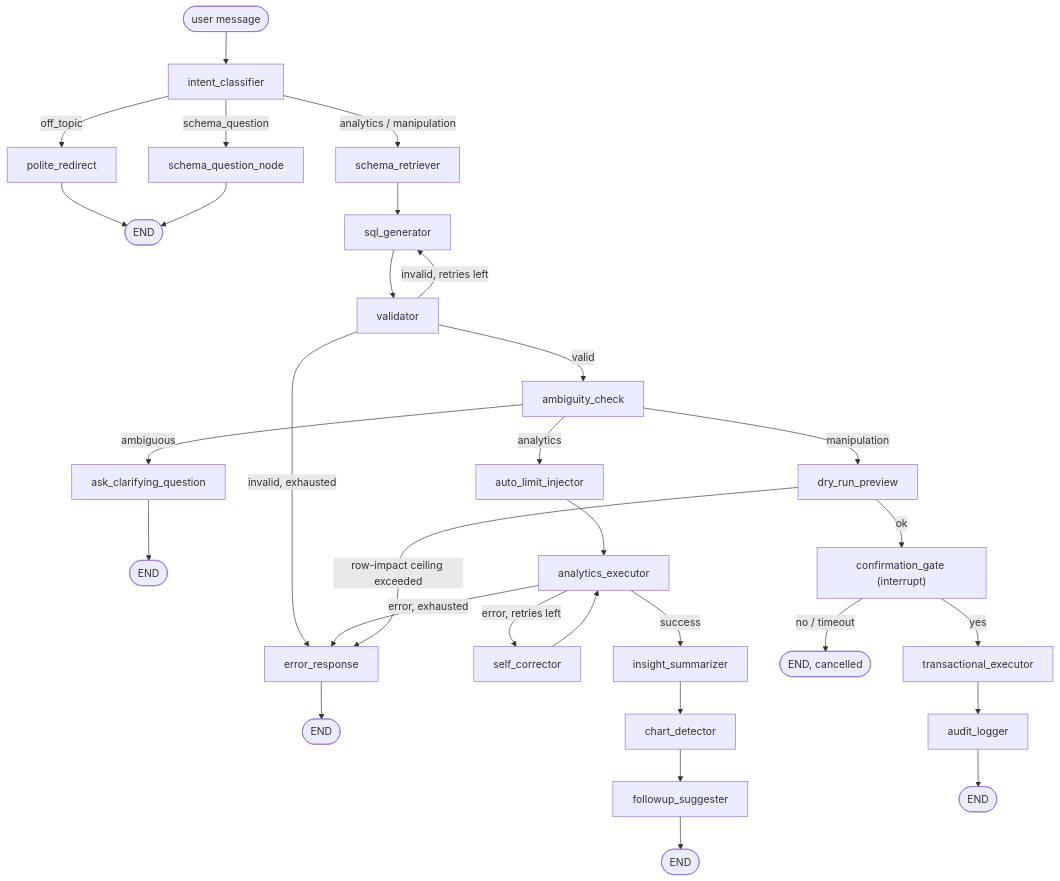
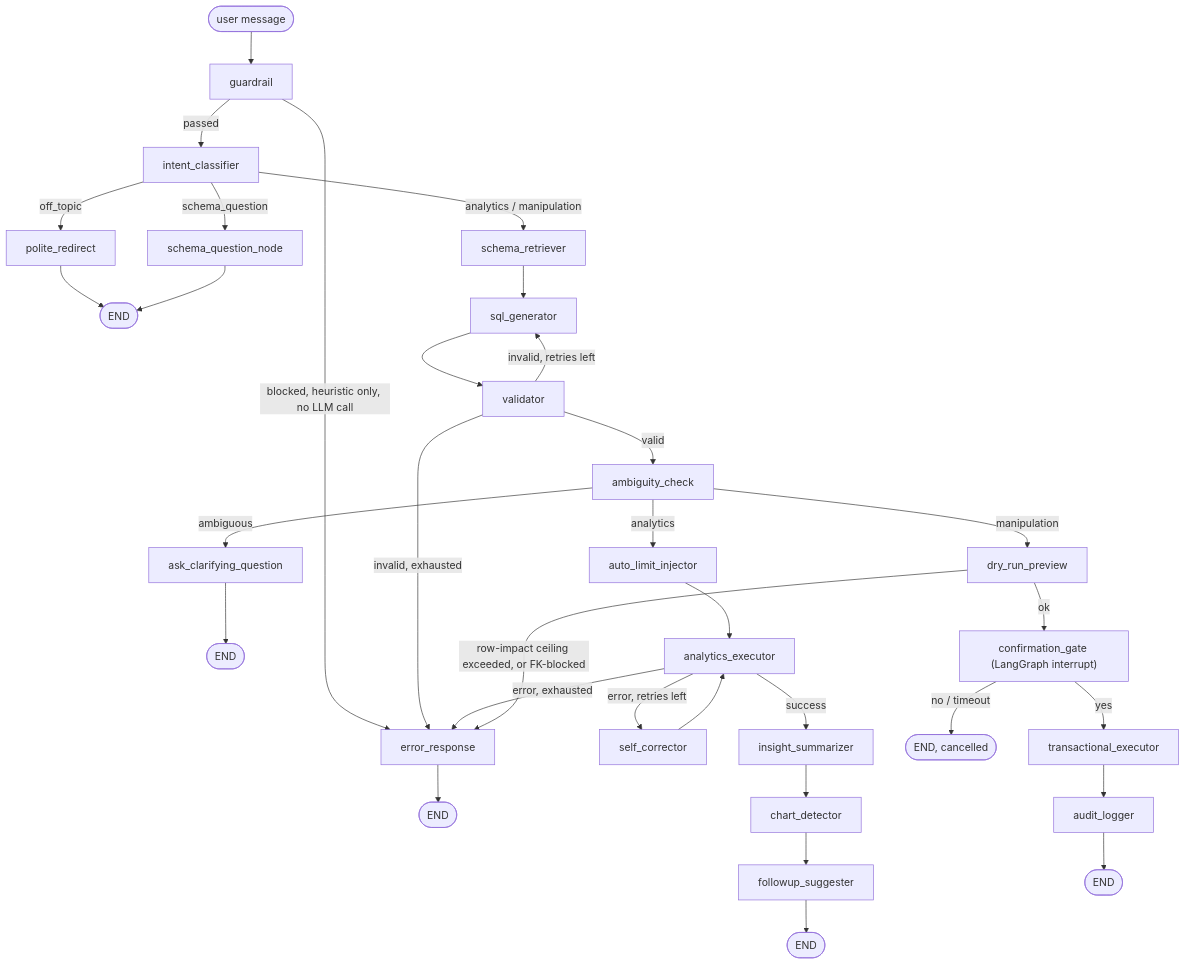
Before and after one commit to SpandanNagale/QueryPilot: the diagram in README.md, drawn with Mermaid. The commit also changed other lines of this file and 2 other files, not shown here.

````diff
--- a/README.md
+++ b/README.md
@@ -61,31 +39,33 @@
 ```mermaid
 flowchart TD
-    START([user message]) --> IC[intent_classifier]
+    START([user message]) --> GR[guardrail]
+    GR -->|blocked, heuristic only, no LLM call| ERR[error_response] --> END0([END])
+    GR -->|passed| IC[intent_classifier]
     IC -->|off_topic| PR[polite_redirect] --> END1([END])
     IC -->|schema_question| SQ[schema_question_node] --> END1
     IC -->|analytics / manipulation| SR[schema_retriever]
 
     SR --> SG[sql_generator]
     SG --> VAL[validator]
     VAL -->|invalid, retries left| SG
-    VAL -->|invalid, exhausted| ERR[error_response] --> END2([END])
+    VAL -->|invalid, exhausted| ERR
     VAL -->|valid| AMB[ambiguity_check]
 
     AMB -->|ambiguous| CQ[ask_clarifying_question] --> END3([END])
     AMB -->|analytics| ALI[auto_limit_injector]
     AMB -->|manipulation| DRP[dry_run_preview]
 
     ALI --> AE[analytics_executor]
     AE -->|error, retries left| SC[self_corrector] --> AE
     AE -->|error, exhausted| ERR
     AE -->|success| IS[insight_summarizer]
     IS --> CD[chart_detector]
     CD --> FS[followup_suggester]
     FS --> END4([END])
 
-    DRP -->|row-impact ceiling exceeded| ERR
-    DRP -->|ok| CG["confirmation_gate (interrupt)"]
+    DRP -->|row-impact ceiling exceeded, or FK-blocked| ERR
+    DRP -->|ok| CG["confirmation_gate (LangGraph interrupt)"]
     CG -->|no / timeout| END5([END, cancelled])
     CG -->|yes| TE[transactional_executor]
     TE --> AL[audit_logger] --> END6([END])
 ```
````
